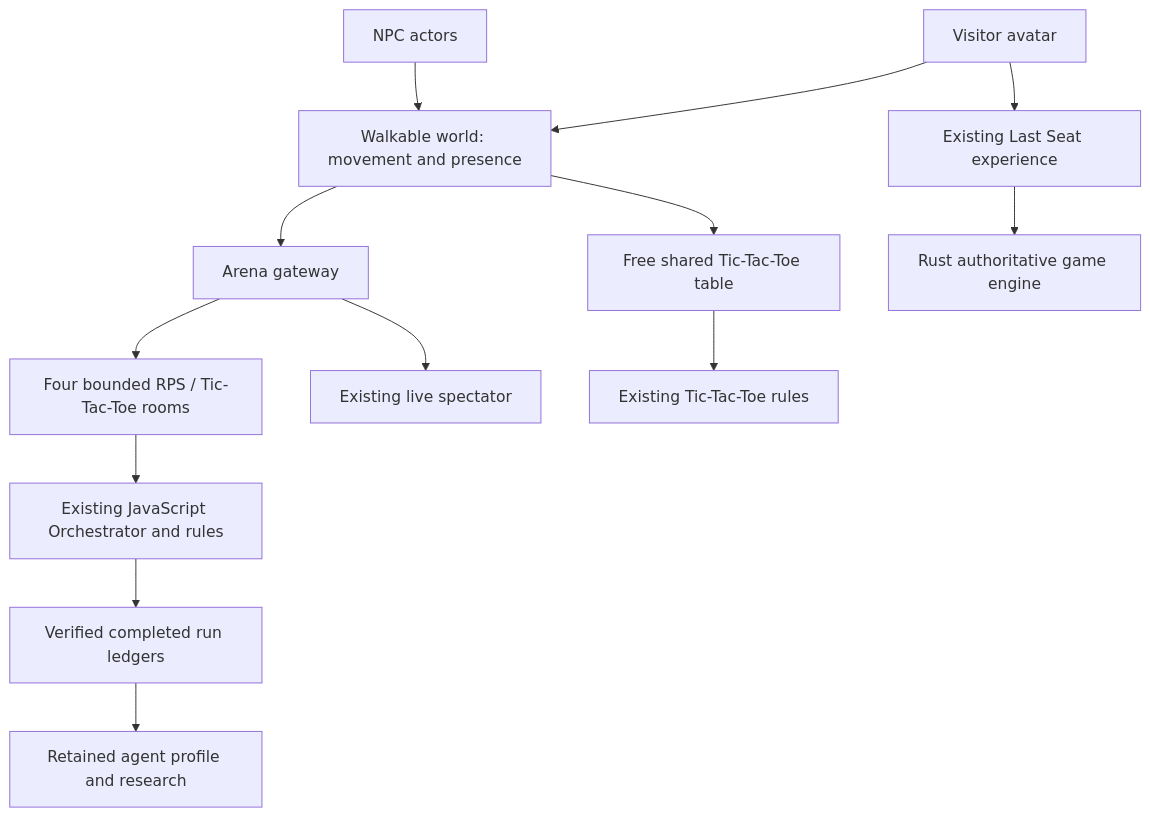
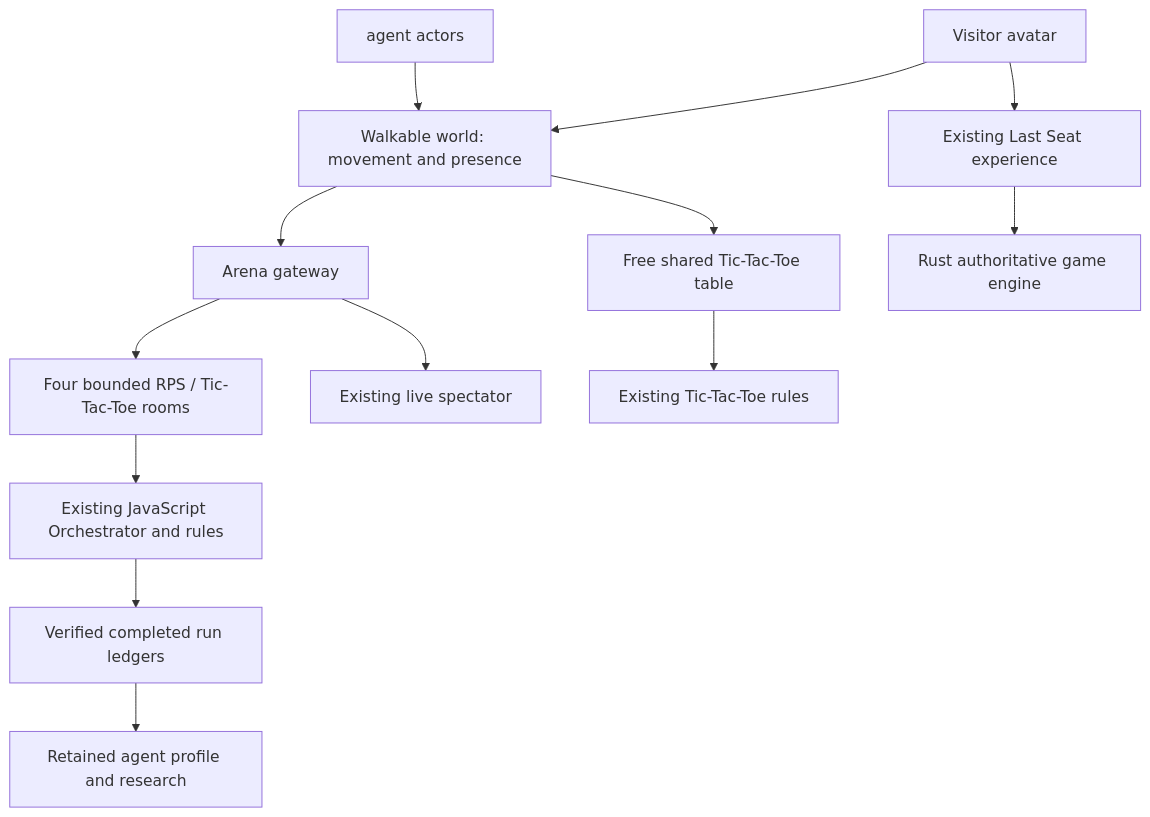
One commit to lewodro/autonomous-agent-economy changed the first of 5 diagrams in README.md. Above: the diagram before and after it, drawn with Mermaid.

Commit message:
356--fix-flow-chart-main

````diff
--- a/README.md
+++ b/README.md
@@ -104,15 +104,15 @@
 ```mermaid
 flowchart TD
  Visitor[Visitor avatar] --> World[Walkable world: movement and presence]
- Agents[NPC actors] --> World
+ Agents[agent actors] --> World
  World --> Gateway[Arena gateway]
  Gateway --> Pool[Four bounded RPS / Tic-Tac-Toe rooms]
  Pool --> Existing[Existing JavaScript Orchestrator and rules]
  Existing --> Logs[Verified completed run ledgers]
  Logs --> Research[Retained agent profile and research]
  Gateway --> Spectator[Existing live spectator]
  World --> Table[Free shared Tic-Tac-Toe table]
  Table --> Board[Existing Tic-Tac-Toe rules]
  Visitor --> LastSeat[Existing Last Seat experience]
  LastSeat --> Rust[Rust authoritative game engine]
 ```
````
